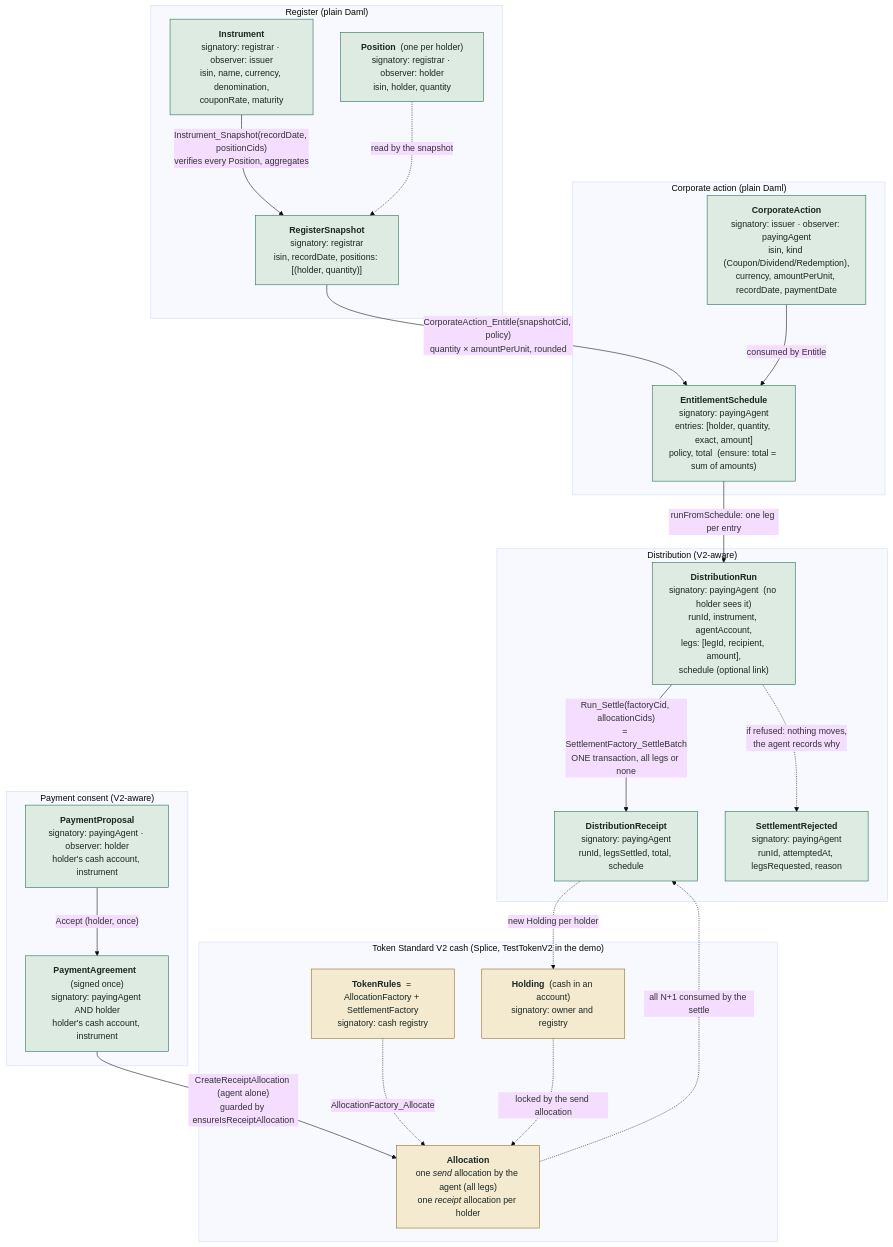
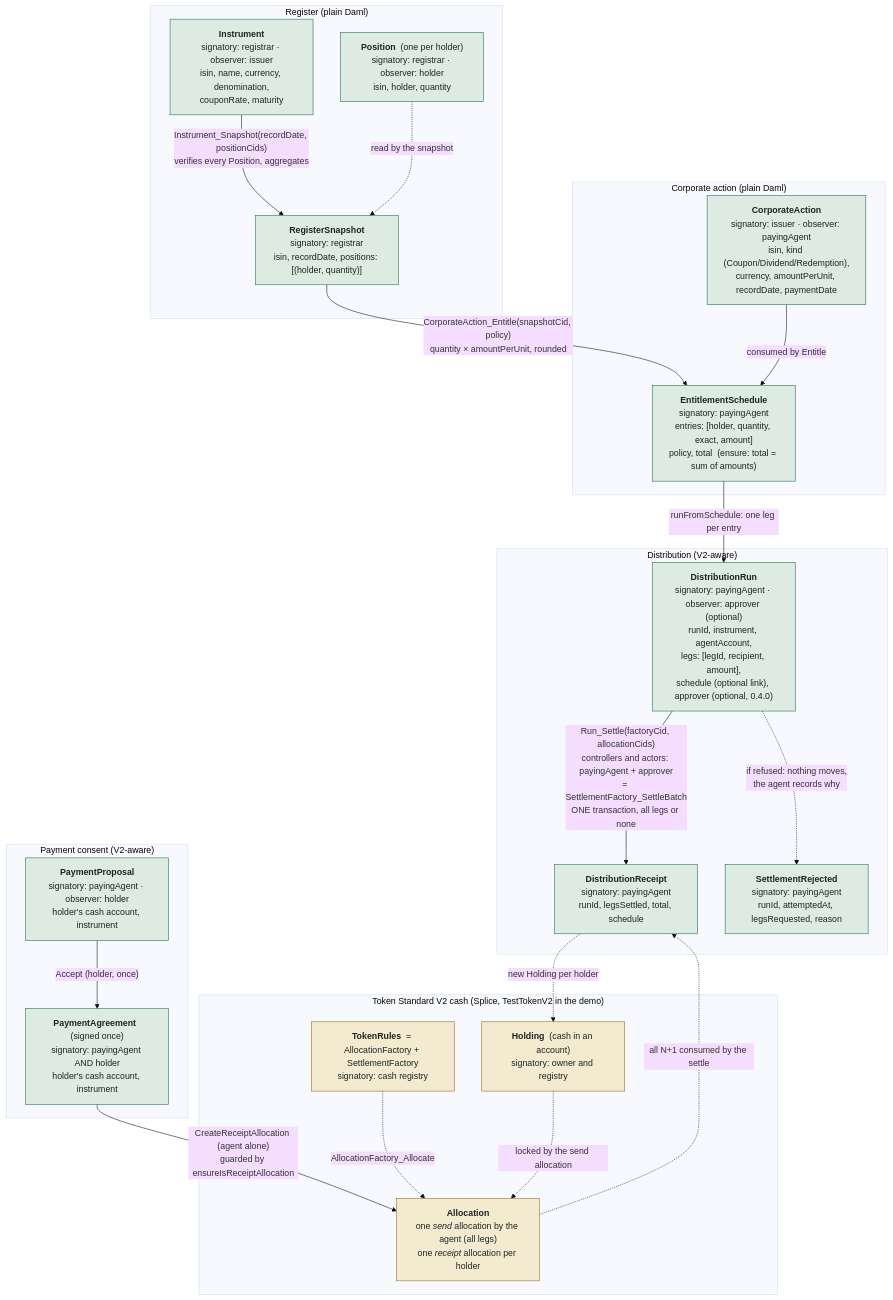
One commit to Chain-Experts/Indivisa changed the first of 2 diagrams in docs/diagrams.md. Above: the diagram before and after it, drawn with Mermaid (base theme). The commit also changed other lines of this file and 36 other files, not shown here.

Commit message:
Govern the settlement: indivisa 0.4.0 approver, BitSafe governance packages and tests, sandbox run

````diff
--- a/docs/diagrams.md
+++ b/docs/diagrams.md
@@ -14,51 +14,51 @@
 ```mermaid
 flowchart TB
   classDef ours fill:#ddebe2,stroke:#1e6b48,color:#1b2622
   classDef v2 fill:#f3ead0,stroke:#8a6a1c,color:#1b2622
   classDef record fill:#ffffff,stroke:#5c6964,color:#1b2622,stroke-dasharray:4 3
 
   subgraph REG["Register  (plain Daml)"]
     Instrument["<b>Instrument</b><br/>signatory: registrar · observer: issuer<br/>isin, name, currency, denomination,<br/>couponRate, maturity"]
     Position["<b>Position</b>  (one per holder)<br/>signatory: registrar · observer: holder<br/>isin, holder, quantity"]
     Snapshot["<b>RegisterSnapshot</b><br/>signatory: registrar<br/>isin, recordDate, positions: [(holder, quantity)]"]
   end
 
   subgraph EVT["Corporate action  (plain Daml)"]
     Action["<b>CorporateAction</b><br/>signatory: issuer · observer: payingAgent<br/>isin, kind (Coupon/Dividend/Redemption),<br/>currency, amountPerUnit, recordDate, paymentDate"]
     Schedule["<b>EntitlementSchedule</b><br/>signatory: payingAgent<br/>entries: [holder, quantity, exact, amount]<br/>policy, total  (ensure: total = sum of amounts)"]
   end
 
   subgraph PAY["Payment consent  (V2-aware)"]
     Proposal["<b>PaymentProposal</b><br/>signatory: payingAgent · observer: holder<br/>holder's cash account, instrument"]
     Agreement["<b>PaymentAgreement</b>  (signed once)<br/>signatory: payingAgent AND holder<br/>holder's cash account, instrument"]
   end
 
   subgraph DIST["Distribution  (V2-aware)"]
-    Run["<b>DistributionRun</b><br/>signatory: payingAgent  (no holder sees it)<br/>runId, instrument, agentAccount,<br/>legs: [legId, recipient, amount],<br/>schedule (optional link)"]
+    Run["<b>DistributionRun</b><br/>signatory: payingAgent · observer: approver (optional)<br/>runId, instrument, agentAccount,<br/>legs: [legId, recipient, amount],<br/>schedule (optional link), approver (optional, 0.4.0)"]
     Receipt["<b>DistributionReceipt</b><br/>signatory: payingAgent<br/>runId, legsSettled, total, schedule"]
     Rejected["<b>SettlementRejected</b><br/>signatory: payingAgent<br/>runId, attemptedAt, legsRequested, reason"]
   end
 
   subgraph V2["Token Standard V2 cash  (Splice, TestTokenV2 in the demo)"]
     Rules["<b>TokenRules</b>  = AllocationFactory + SettlementFactory<br/>signatory: cash registry"]
     Holding["<b>Holding</b>  (cash in an account)<br/>signatory: owner and registry"]
     Alloc["<b>Allocation</b><br/>one <i>send</i> allocation by the agent (all legs)<br/>one <i>receipt</i> allocation per holder"]
   end
 
   Instrument -- "Instrument_Snapshot(recordDate, positionCids)<br/>verifies every Position, aggregates" --> Snapshot
   Position -. "read by the snapshot" .-> Snapshot
   Snapshot -- "CorporateAction_Entitle(snapshotCid, policy)<br/>quantity × amountPerUnit, rounded" --> Schedule
   Action -- "consumed by Entitle" --> Schedule
   Schedule -- "runFromSchedule: one leg per entry" --> Run
   Proposal -- "Accept (holder, once)" --> Agreement
   Agreement -- "CreateReceiptAllocation (agent alone)<br/>guarded by ensureIsReceiptAllocation" --> Alloc
   Rules -. "AllocationFactory_Allocate" .-> Alloc
   Holding -. "locked by the send allocation" .-> Alloc
-  Run -- "Run_Settle(factoryCid, allocationCids)<br/>= SettlementFactory_SettleBatch<br/>ONE transaction, all legs or none" --> Receipt
+  Run -- "Run_Settle(factoryCid, allocationCids)<br/>controllers and actors: payingAgent + approver<br/>= SettlementFactory_SettleBatch<br/>ONE transaction, all legs or none" --> Receipt
   Alloc -. "all N+1 consumed by the settle" .-> Receipt
   Receipt -. "new Holding per holder" .-> Holding
   Run -. "if refused: nothing moves,<br/>the agent records why" .-> Rejected
 
   class Instrument,Position,Snapshot,Action,Schedule,Proposal,Agreement,Run,Receipt,Rejected ours
   class Rules,Holding,Alloc v2
 ```
````
